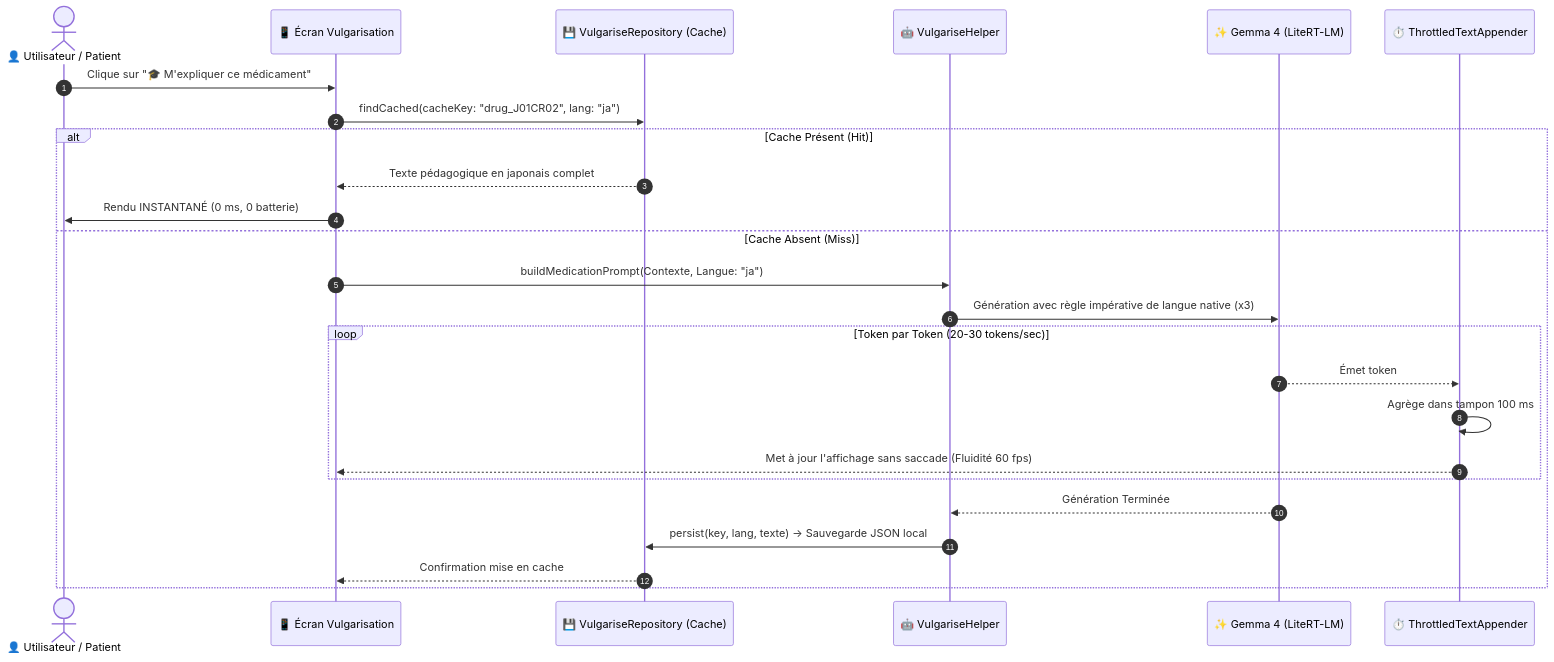
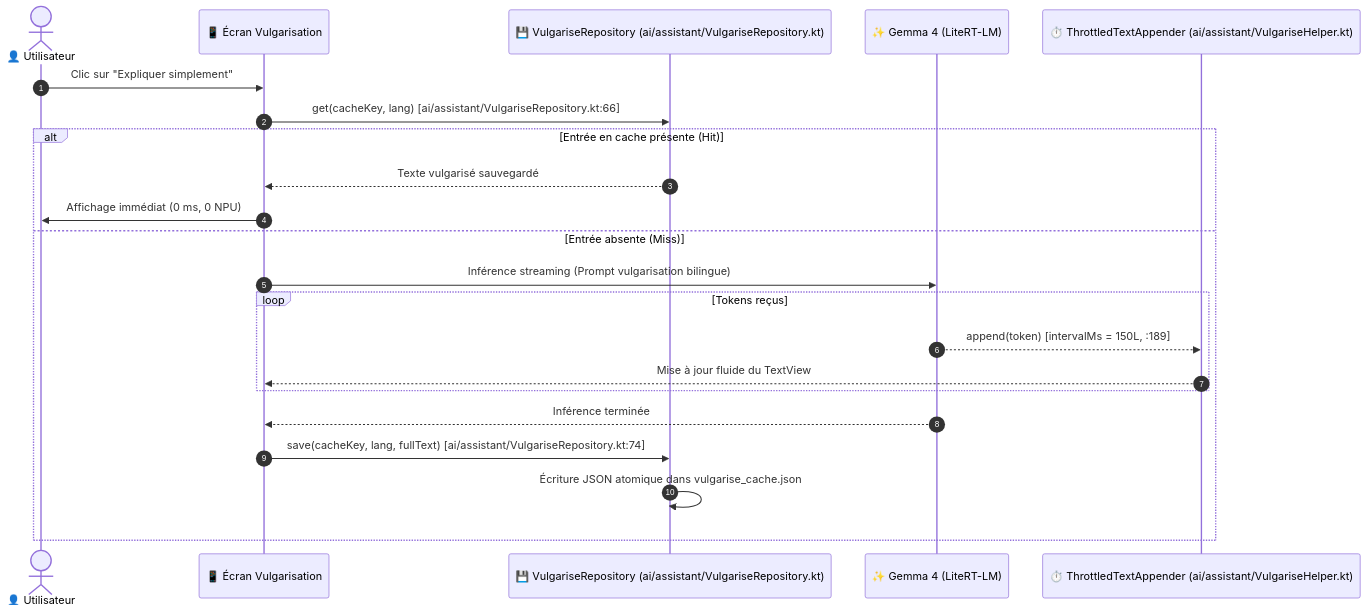
One commit to kurodohenroonsen/JemmaPass changed diagram 17 of 21 in docs/DOCUMENTATION_UML_FONCTIONNELLE.md. Above: the diagram before and after it, drawn with Mermaid. The commit also changed other lines of this file and 1 other file, not shown here.

First line of the commit message:
docs: correct UML documentation and iOS specifications against codebase reality

````diff
--- a/docs/DOCUMENTATION_UML_FONCTIONNELLE.md
+++ b/docs/DOCUMENTATION_UML_FONCTIONNELLE.md
@@ -663,28 +762,25 @@
 ```mermaid
 sequenceDiagram
     autonumber
-    actor User as 👤 Utilisateur / Patient
+    actor User as 👤 Utilisateur
     participant UI as 📱 Écran Vulgarisation
-    participant Repo as 💾 VulgariseRepository (Cache)
-    participant Helper as 🤖 VulgariseHelper
-    participant IA as ✨ Gemma 4 (LiteRT-LM)
-    participant Buffer as ⏱️ ThrottledTextAppender
+    participant Repo as 💾 VulgariseRepository (ai/assistant/VulgariseRepository.kt)
+    participant Gemma as ✨ Gemma 4 (LiteRT-LM)
+    participant Buffer as ⏱️ ThrottledTextAppender (ai/assistant/VulgariseHelper.kt)
 
-    User->>UI: Clique sur "🎓 M'expliquer ce médicament"
-    UI->>Repo: findCached(cacheKey: "drug_J01CR02", lang: "ja")
-    alt Cache Présent (Hit)
-        Repo-->>UI: Texte pédagogique en japonais complet
-        UI->>User: Rendu INSTANTANÉ (0 ms, 0 batterie)
-    else Cache Absent (Miss)
-        UI->>Helper: buildMedicationPrompt(Contexte, Langue: "ja")
-        Helper->>IA: Génération avec règle impérative de langue native (x3)
-        loop Token par Token (20-30 tokens/sec)
-            IA-->>Buffer: Émet token
-            Buffer->>Buffer: Agrège dans tampon 100 ms
-            Buffer-->>UI: Met à jour l'affichage sans saccade (Fluidité 60 fps)
+    User->>UI: Clic sur "Expliquer simplement"
+    UI->>Repo: get(cacheKey, lang) [ai/assistant/VulgariseRepository.kt:66]
+    alt Entrée en cache présente (Hit)
+        Repo-->>UI: Texte vulgarisé sauvegardé
+        UI->>User: Affichage immédiat (0 ms, 0 NPU)
+    else Entrée absente (Miss)
+        UI->>Gemma: Inférence streaming (Prompt vulgarisation bilingue)
+        loop Tokens reçus
+            Gemma-->>Buffer: append(token) [intervalMs = 150L, :189]
+            Buffer-->>UI: Mise à jour fluide du TextView
         end
-        IA-->>Helper: Génération Terminée
-        Helper->>Repo: persist(key, lang, texte) -> Sauvegarde JSON local
-        Repo-->>UI: Confirmation mise en cache
+        Gemma-->>UI: Inférence terminée
+        UI->>Repo: save(cacheKey, lang, fullText) [ai/assistant/VulgariseRepository.kt:74]
+        Repo->>Repo: Écriture JSON atomique dans vulgarise_cache.json
     end
 ```
````
